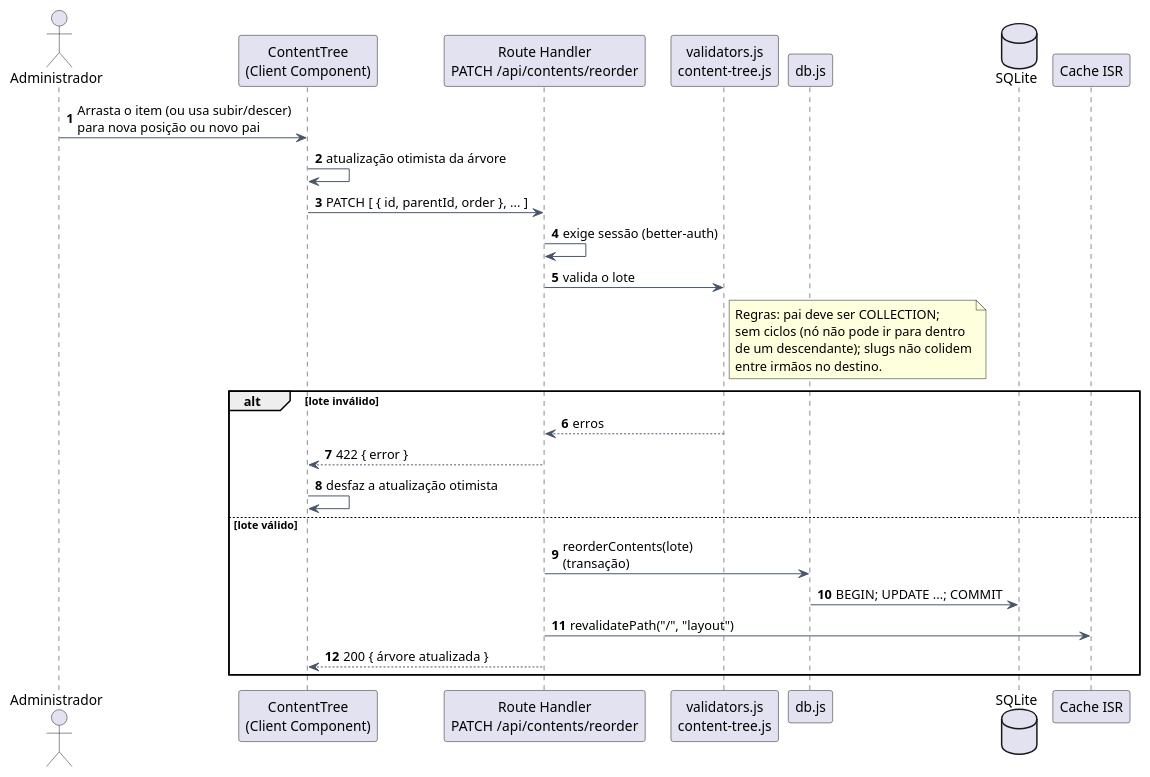
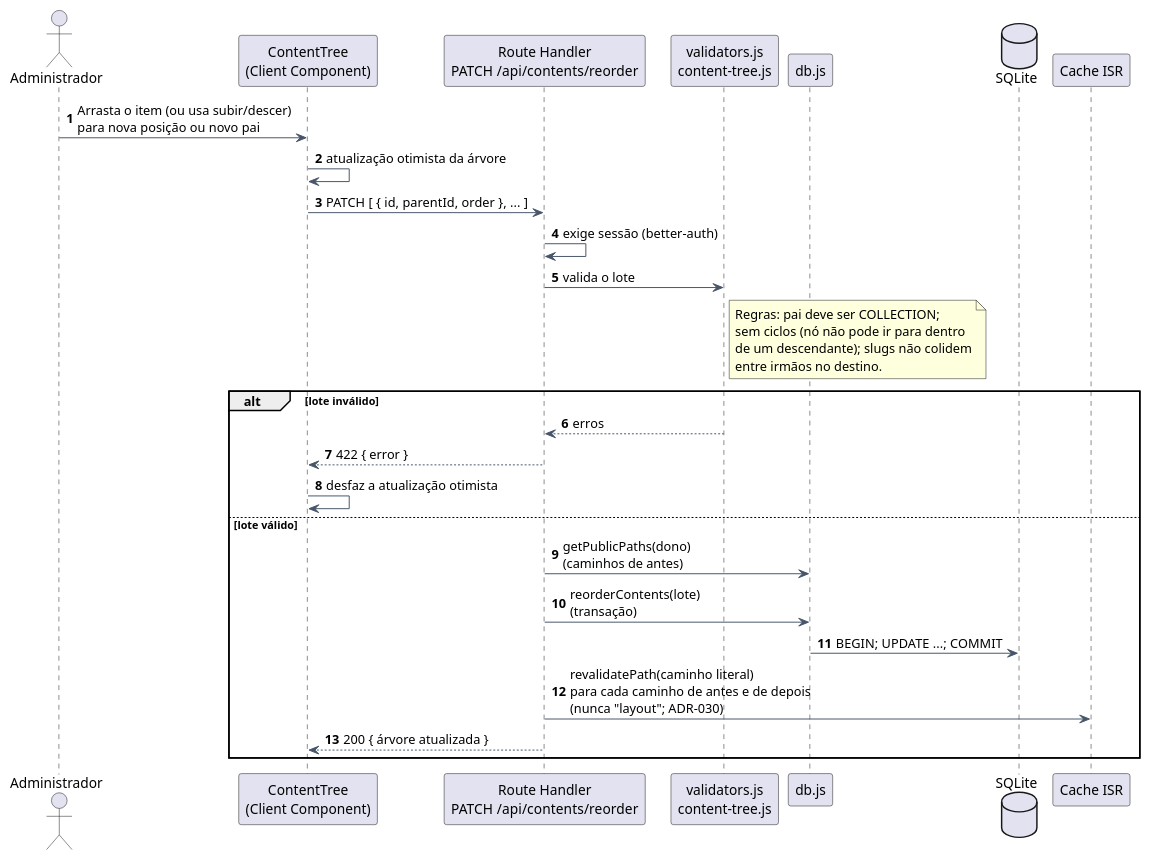
One commit to fromcaio/vitrine changed the diagram in doc/diagrams/src/seq-reordenacao-arvore.puml. Above: the diagram before and after it, drawn with PlantUML. The commit also changed 8 other files, not shown here.

```diff
--- a/doc/diagrams/src/seq-reordenacao-arvore.puml
+++ b/doc/diagrams/src/seq-reordenacao-arvore.puml
@@ -1,43 +1,44 @@
 @startuml seq-reordenacao-arvore
 ' ===========================================================================
 ' Vitrine - Sequência: reordenar e mover conteúdos na árvore
 ' Figura: fig:seq-reordenacao-arvore (doc/tex/capitulos/cap5_arquitetura.tex)
 ' Atende RF03 (ordenação entre irmãos) e RF02 (estrutura hierárquica).
 ' ===========================================================================
 skinparam shadowing false
 skinparam defaultFontName Arial
 skinparam ArrowColor #475569
 skinparam sequenceMessageAlign left
 autonumber
 
 actor "Administrador" as Admin
 participant "ContentTree\n(Client Component)" as Tree
 participant "Route Handler\nPATCH /api/contents/reorder" as Api
 participant "validators.js\ncontent-tree.js" as Val
 participant "db.js" as DB
 database "SQLite" as Sql
 participant "Cache ISR" as Cache
 
 Admin -> Tree : Arrasta o item (ou usa subir/descer)\npara nova posição ou novo pai
 Tree -> Tree : atualização otimista da árvore
 Tree -> Api : PATCH [ { id, parentId, order }, ... ]
 Api -> Api : exige sessão (better-auth)
 Api -> Val : valida o lote
 note right of Val
   Regras: pai deve ser COLLECTION;
   sem ciclos (nó não pode ir para dentro
   de um descendante); slugs não colidem
   entre irmãos no destino.
 end note
 
 alt lote inválido
   Val --> Api : erros
   Api --> Tree : 422 { error }
   Tree -> Tree : desfaz a atualização otimista
 else lote válido
+  Api -> DB : getPublicPaths(dono)\n(caminhos de antes)
   Api -> DB : reorderContents(lote)\n(transação)
   DB -> Sql : BEGIN; UPDATE ...; COMMIT
-  Api -> Cache : revalidatePath("/", "layout")
+  Api -> Cache : revalidatePath(caminho literal)\npara cada caminho de antes e de depois\n(nunca "layout"; ADR-030)
   Api --> Tree : 200 { árvore atualizada }
 end
 @enduml
```
